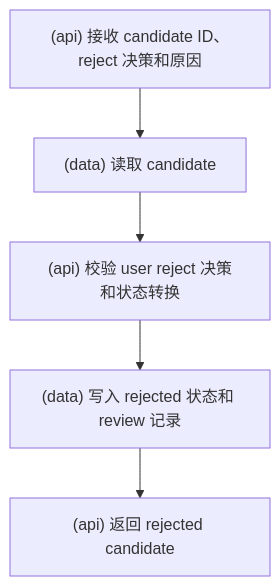
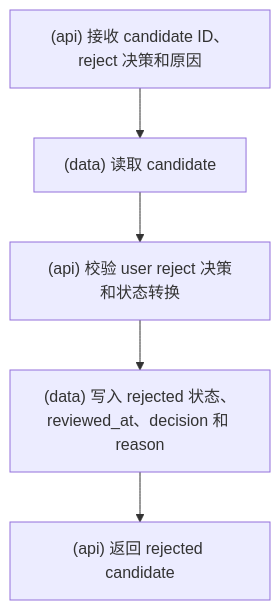
The tenth of 19 diagrams in docs/流程图.md (srangerme/KBManager), drawn with Mermaid before and after one commit. The commit also changed other lines of this file and 27 other files, not shown here.

````diff
--- a/docs/流程图.md
+++ b/docs/流程图.md
@@ -118,7 +146,7 @@
 ```mermaid
 flowchart TD
   A["(api) 接收 candidate ID、reject 决策和原因"] --> B["(data) 读取 candidate"]
   B --> C["(api) 校验 user reject 决策和状态转换"]
-  C --> E["(data) 写入 rejected 状态和 review 记录"]
+  C --> E["(data) 写入 rejected 状态、reviewed_at、decision 和 reason"]
   E --> F["(api) 返回 rejected candidate"]
 ```
````
